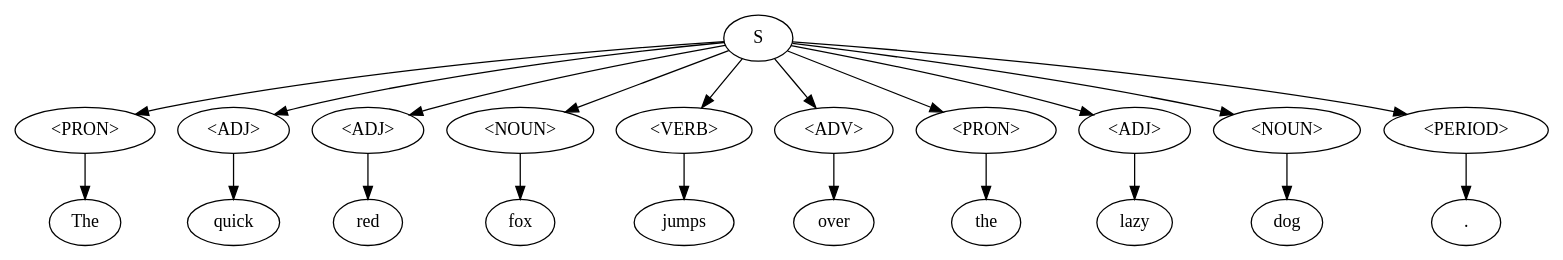
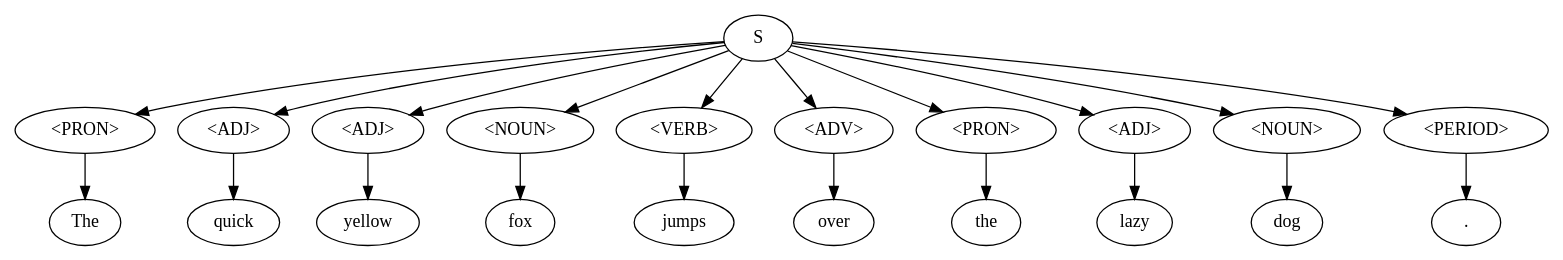
The diagram in syntax_tree.dot (Zeaforx/compiler), drawn with Graphviz before and after one commit. The commit also changed 2 other files, not shown here.

```diff
--- a/syntax_tree.dot
+++ b/syntax_tree.dot
@@ -1,43 +1,43 @@
 digraph tree {
     "0x0" [label="S"];
     "0x1" [label="<PRON>"];
     "0x2" [label="The"];
     "0x3" [label="<ADJ>"];
     "0x4" [label="quick"];
     "0x5" [label="<ADJ>"];
-    "0x6" [label="red"];
+    "0x6" [label="yellow"];
     "0x7" [label="<NOUN>"];
     "0x8" [label="fox"];
     "0x9" [label="<VERB>"];
     "0xa" [label="jumps"];
     "0xb" [label="<ADV>"];
     "0xc" [label="over"];
     "0xd" [label="<PRON>"];
     "0xe" [label="the"];
     "0xf" [label="<ADJ>"];
     "0x10" [label="lazy"];
     "0x11" [label="<NOUN>"];
     "0x12" [label="dog"];
     "0x13" [label="<PERIOD>"];
     "0x14" [label="."];
     "0x0" -> "0x1";
     "0x0" -> "0x3";
     "0x0" -> "0x5";
     "0x0" -> "0x7";
     "0x0" -> "0x9";
     "0x0" -> "0xb";
     "0x0" -> "0xd";
     "0x0" -> "0xf";
     "0x0" -> "0x11";
     "0x0" -> "0x13";
     "0x1" -> "0x2";
     "0x3" -> "0x4";
     "0x5" -> "0x6";
     "0x7" -> "0x8";
     "0x9" -> "0xa";
     "0xb" -> "0xc";
     "0xd" -> "0xe";
     "0xf" -> "0x10";
     "0x11" -> "0x12";
     "0x13" -> "0x14";
 }
```
